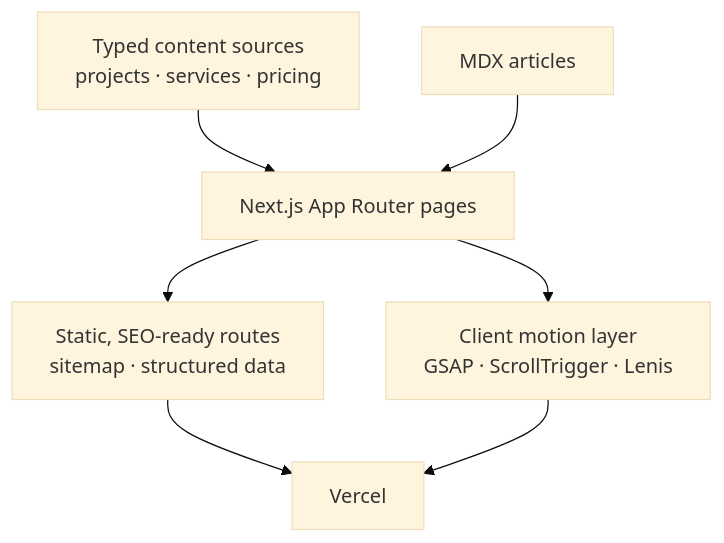
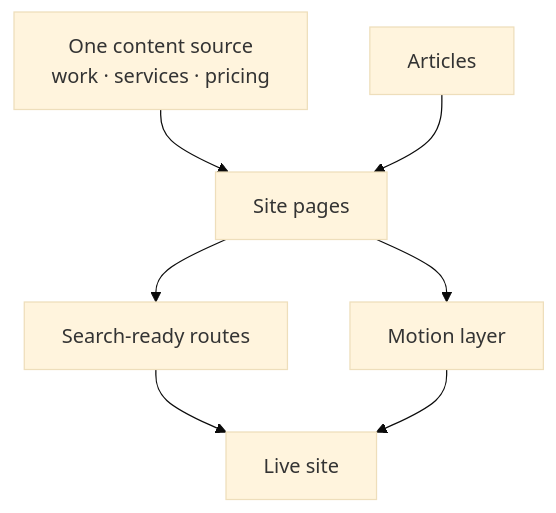
Before and after one commit to DavisHiggins/Higgins-Digital: the diagram in README.md, drawn with Mermaid (base theme). The commit also changed other lines of this file and 8 other files, not shown here.

````diff
--- a/README.md
+++ b/README.md
@@ -48,9 +55,9 @@
 ```mermaid
 flowchart TB
-    C[Typed content sources<br/>projects · services · pricing] --> P[Next.js App Router pages]
-    M[MDX articles] --> P
-    P --> S[Static, SEO-ready routes<br/>sitemap · structured data]
-    P --> X[Client motion layer<br/>GSAP · ScrollTrigger · Lenis]
-    S --> V[Vercel]
-    X --> V
+    C[One content source<br/>work · services · pricing] --> P[Site pages]
+    A[Articles] --> P
+    P --> S[Search-ready routes]
+    P --> M[Motion layer]
+    S --> V[Live site]
+    M --> V
 ```
````
